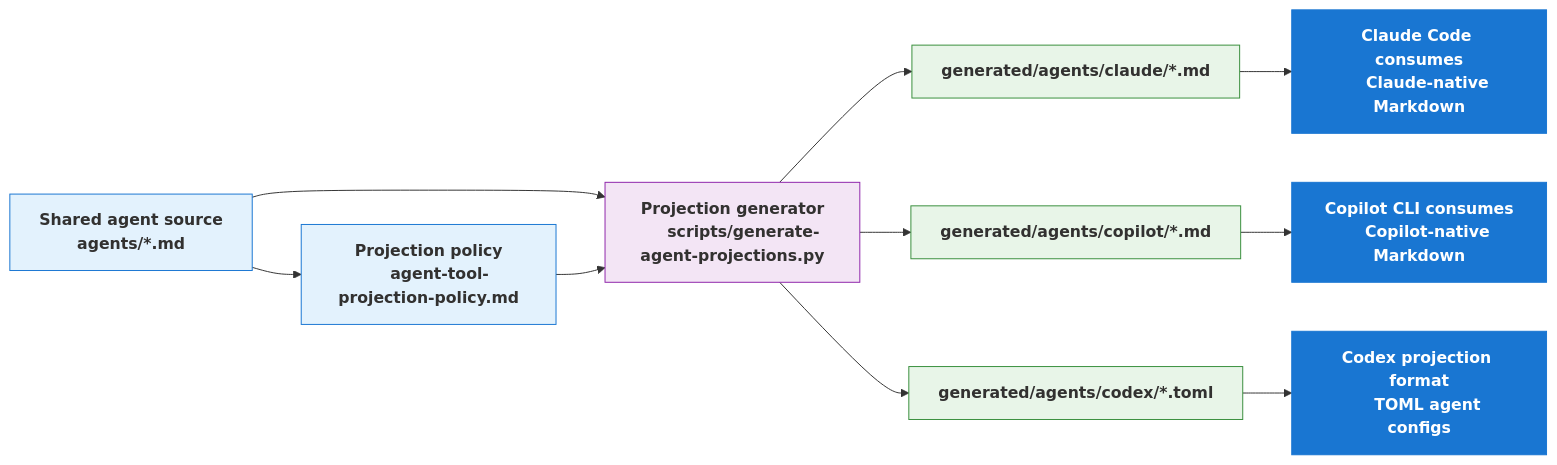
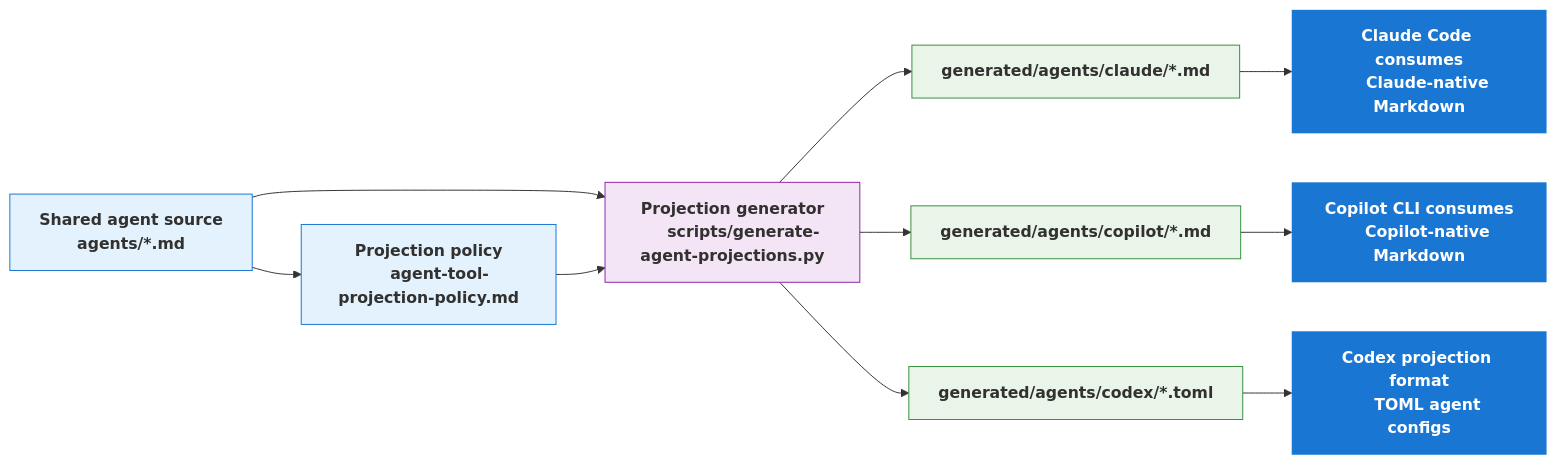
Before and after one commit to russell-laing/al-dev-shared: the fourth of 6 diagrams in docs/projection-layer-readme.md, drawn with Mermaid. The commit also changed other lines of this file, not shown here.

First line of the commit message:
docs: standardize mermaid diagram color palette

````diff
--- a/docs/projection-layer-readme.md
+++ b/docs/projection-layer-readme.md
@@ -403,38 +434,38 @@
 ```mermaid
 flowchart LR
     %% Nodes
     Shared["Shared agent source
     agents/*.md"] --> Policy["Projection policy
     agent-tool-projection-policy.md"]
     Shared --> Generator["Projection generator
     scripts/generate-agent-projections.py"]
     Policy --> Generator
 
     Generator --> Claude["generated/agents/claude/*.md"]
     Generator --> Copilot["generated/agents/copilot/*.md"]
     Generator --> Codex["generated/agents/codex/*.toml"]
 
     Claude --> ClaudeUse["Claude Code consumes
     Claude-native Markdown"]
     Copilot --> CopilotUse["Copilot CLI consumes
     Copilot-native Markdown"]
     Codex --> CodexUse["Codex projection format
     TOML agent configs"]
 
     %% Classes
     classDef input fill:#e3f2fd,stroke:#1976d2,color:#323130,font-weight:bold
     classDef process fill:#f3e5f5,stroke:#8e24aa,color:#323130,font-weight:bold
     classDef output fill:#e8f5e8,stroke:#388e3c,color:#323130,font-weight:bold
-    classDef emphasisBlue fill:#1976d2,stroke:#1976d2,color:#fff,font-weight:bold
+    classDef emphasisBlue fill:#1976d2,stroke:none,color:#fff,font-weight:bold
 
     %% Class assignments
     class Shared input
     class Policy input
     class Generator process
     class Claude output
     class Copilot output
     class Codex output
     class ClaudeUse emphasisBlue
     class CopilotUse emphasisBlue
     class CodexUse emphasisBlue
 ```
````
